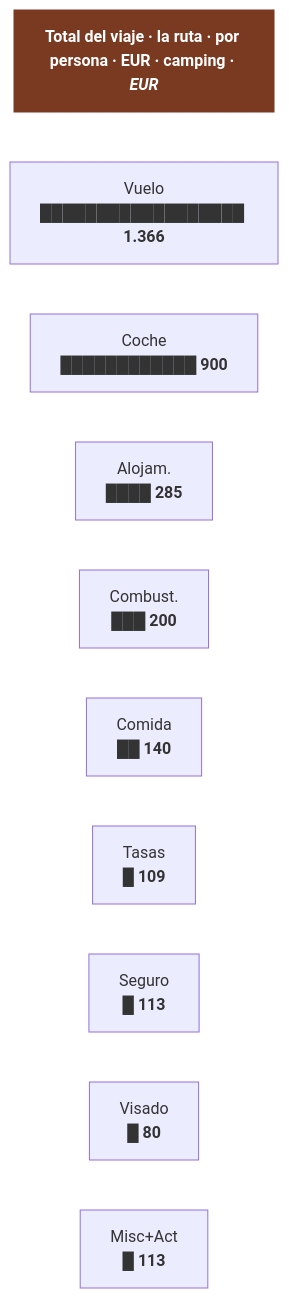
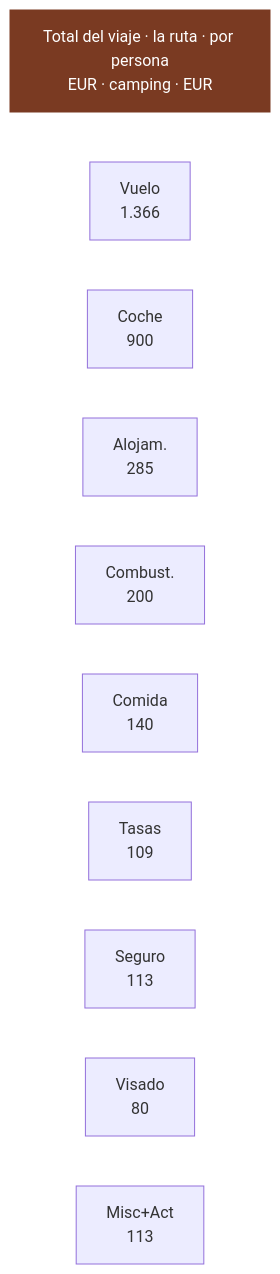
One commit to morandeirachema/namibia changed the third of 5 diagrams in 02-presupuesto.md. Above: the diagram before and after it, drawn with Mermaid. The commit also changed other lines of this file and 14 other files, not shown here.

Commit message:
Arreglar el renderizado de los diagramas en GitHub: fuera emojis, negritas y barras ASCII de dentro de los nodos, que descuadraban la medida y recortaban el texto

````diff
--- a/02-presupuesto.md
+++ b/02-presupuesto.md
@@ -251,23 +251,23 @@
 ```mermaid
 flowchart TD
-    T["<b>Total del viaje · la ruta · por persona · EUR · camping · <i>EUR</i></b>"]
-    n0["Vuelo<br/>██████████████████ <b>1.366</b>"]
-    n1["Coche<br/>████████████ <b>900</b>"]
-    n2["Alojam.<br/>████ <b>285</b>"]
-    n3["Combust.<br/>███ <b>200</b>"]
-    n4["Comida<br/>██ <b>140</b>"]
-    n5["Tasas<br/>█ <b>109</b>"]
-    n6["Seguro<br/>█ <b>113</b>"]
-    n7["Visado<br/>█ <b>80</b>"]
-    n8["Misc+Act<br/>█ <b>113</b>"]
+    T["Total del viaje · la ruta · por persona<br/>EUR · camping · EUR"]
+    n0["Vuelo<br/>1.366"]
+    n1["Coche<br/>900"]
+    n2["Alojam.<br/>285"]
+    n3["Combust.<br/>200"]
+    n4["Comida<br/>140"]
+    n5["Tasas<br/>109"]
+    n6["Seguro<br/>113"]
+    n7["Visado<br/>80"]
+    n8["Misc+Act<br/>113"]
     T ~~~ n0
     n0 ~~~ n1
     n1 ~~~ n2
     n2 ~~~ n3
     n3 ~~~ n4
     n4 ~~~ n5
     n5 ~~~ n6
     n6 ~~~ n7
     n7 ~~~ n8
     style T fill:#7a3a22,color:#fff,stroke:#7a3a22
 ```
````
